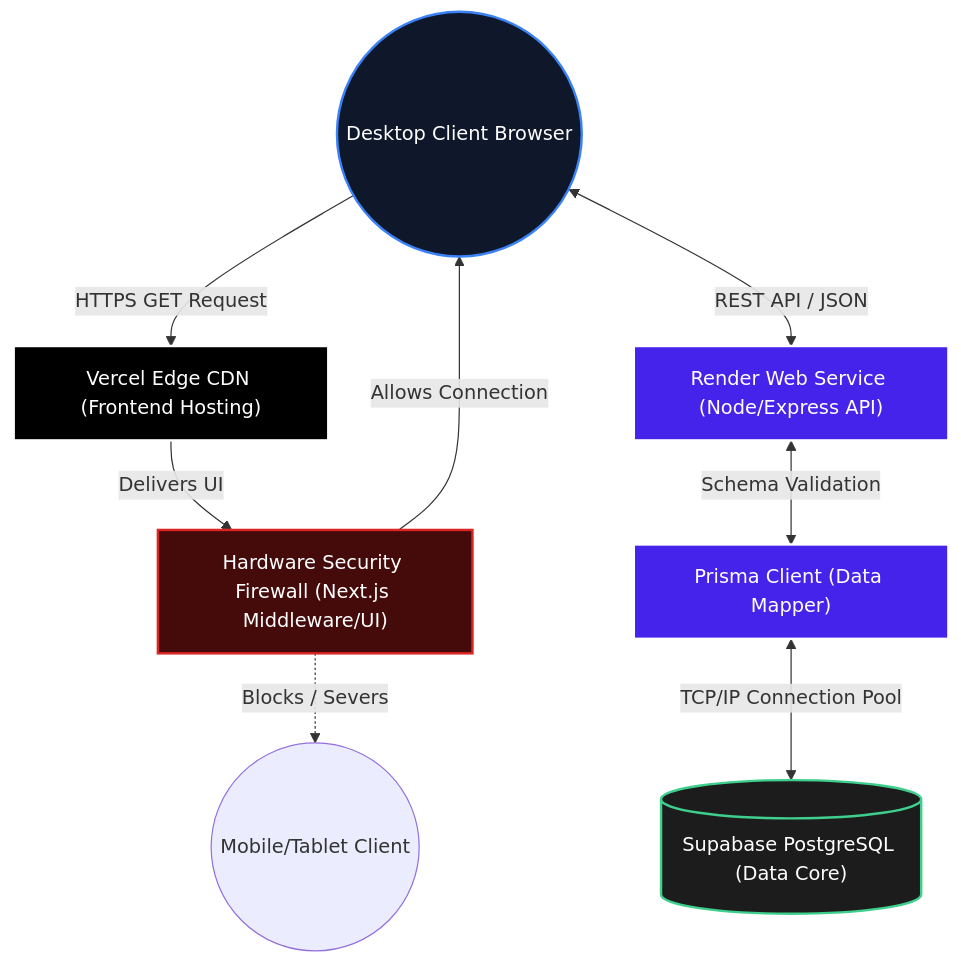
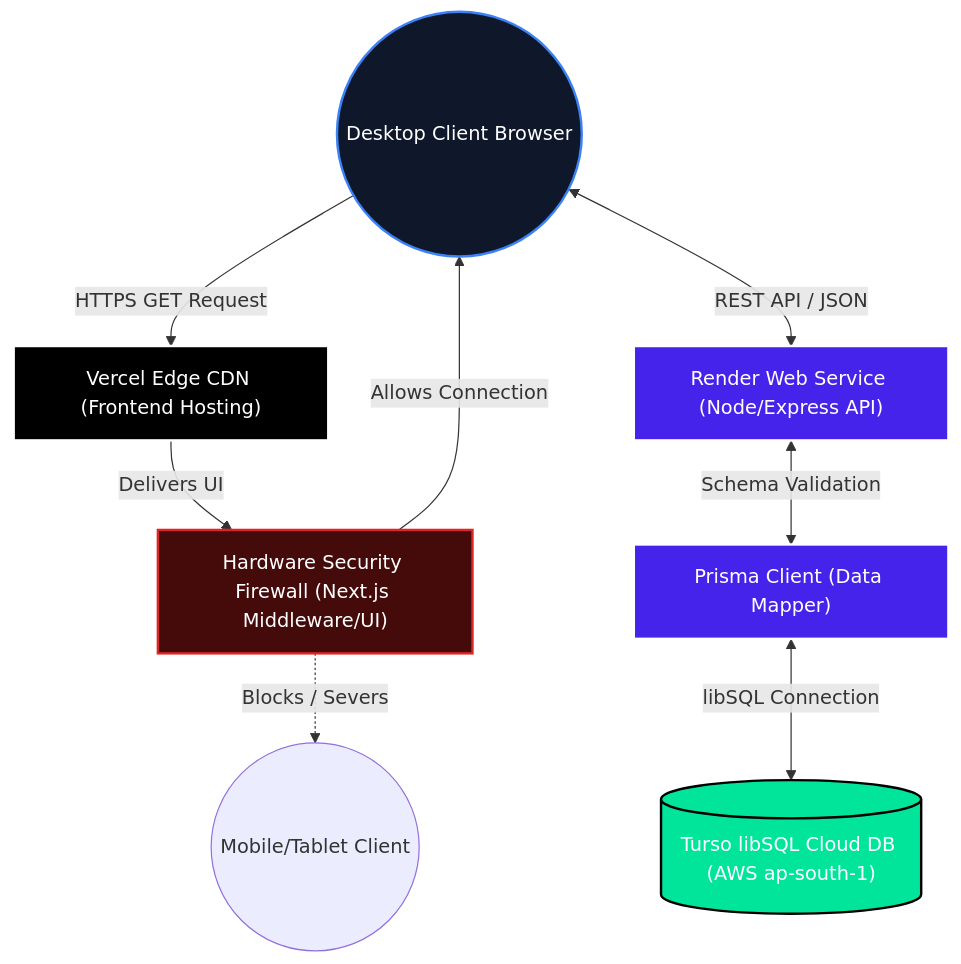
The diagram in README.md (NimnaOfficial/MyResearch), drawn with Mermaid before and after one commit. The commit also changed other lines of this file and 25 other files, not shown here.

````diff
--- a/README.md
+++ b/README.md
@@ -168,27 +188,27 @@
 ```mermaid
 graph TD
     %% Styling Profile
     classDef client fill:#0f172a,stroke:#3b82f6,stroke-width:2px,color:#fff
     classDef vercel fill:#000000,stroke:#ffffff,stroke-width:2px,color:#fff
     classDef render fill:#4623eb,stroke:#ffffff,stroke-width:2px,color:#fff
-    classDef database fill:#1c1c1c,stroke:#3ecf8e,stroke-width:2px,color:#fff
+    classDef database fill:#00e599,stroke:#000000,stroke-width:2px,color:#fff
     classDef security fill:#450a0a,stroke:#dc2626,stroke-width:2px,color:#fff
 
     %% Nodes
     User(("Desktop Client Browser")):::client
     MobileBlocker["Hardware Security Firewall (Next.js Middleware/UI)"]:::security
     VercelEdge["Vercel Edge CDN (Frontend Hosting)"]:::vercel
     RenderAPI["Render Web Service (Node/Express API)"]:::render
     PrismaORM["Prisma Client (Data Mapper)"]:::render
-    SupabaseDB[("Supabase PostgreSQL (Data Core)")]:::database
+    TursoDB[("Turso libSQL Cloud DB (AWS ap-south-1)")]:::database
 
     %% Flows
     User -->|HTTPS GET Request| VercelEdge
     VercelEdge -->|Delivers UI| MobileBlocker
     MobileBlocker -->|Allows Connection| User
     MobileBlocker -.->|Blocks / Severs| Mobile(("Mobile/Tablet Client"))
     
     User <-->|REST API / JSON| RenderAPI
     RenderAPI <-->|Schema Validation| PrismaORM
-    PrismaORM <-->|TCP/IP Connection Pool| SupabaseDB
+    PrismaORM <-->|libSQL Connection| TursoDB
 ```
````
